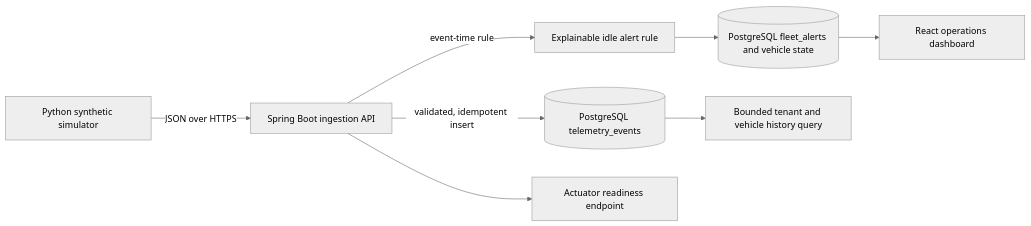
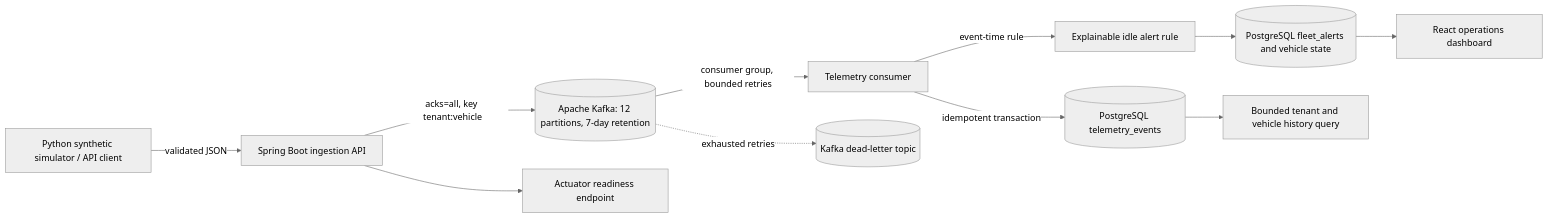
Before and after one commit to markapurammarthanda12/Fleet-Intelligence-Platform: the first of 2 diagrams in docs/ARCHITECTURE.md, drawn with Mermaid (neutral theme). The commit also changed other lines of this file and 14 other files, not shown here.

Commit message:
feat: route telemetry through durable Kafka stream

````diff
--- a/docs/ARCHITECTURE.md
+++ b/docs/ARCHITECTURE.md
@@ -5,10 +5,13 @@
 ```mermaid
 flowchart LR
-  SIM[Python synthetic simulator] -->|JSON over HTTPS| API[Spring Boot ingestion API]
-  API -->|validated, idempotent insert| PG[(PostgreSQL telemetry_events)]
-  API -->|event-time rule| RULE[Explainable idle alert rule]
+  SIM[Python synthetic simulator / API client] -->|validated JSON| API[Spring Boot ingestion API]
+  API -->|acks=all, key tenant:vehicle| K[(Apache Kafka: 12 partitions, 7-day retention)]
+  K -->|consumer group, bounded retries| CONSUMER[Telemetry consumer]
+  CONSUMER -->|idempotent transaction| PG[(PostgreSQL telemetry_events)]
+  CONSUMER -->|event-time rule| RULE[Explainable idle alert rule]
   RULE --> PG2[(PostgreSQL fleet_alerts and vehicle state)]
+  K -. exhausted retries .-> DLT[(Kafka dead-letter topic)]
   PG --> QUERY[Bounded tenant and vehicle history query]
   PG2 --> UI[React operations dashboard]
   API --> READY[Actuator readiness endpoint]
 ```
````
